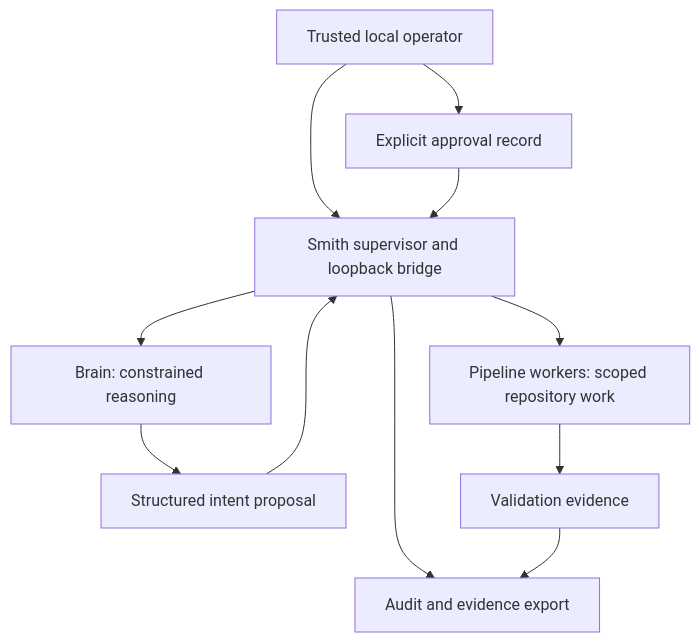
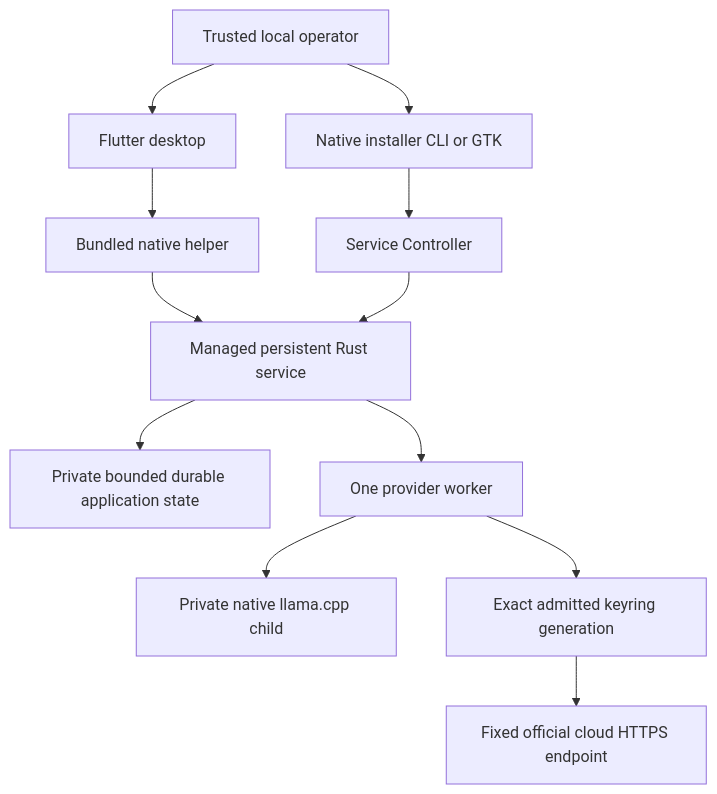
One commit to jdharrison/smith changed the diagram in docs/ARCHITECTURE.md. Above: the diagram before and after it, drawn with Mermaid. The commit also changed other lines of this file and 1726 other files, not shown here.

First line of the commit message:
Promote Smith application to repository root

````diff
--- a/docs/ARCHITECTURE.md
+++ b/docs/ARCHITECTURE.md
@@ -11,13 +11,14 @@
 ```mermaid
 flowchart TD
-    O[Trusted local operator] --> S[Smith supervisor and loopback bridge]
-    S --> B[Brain: constrained reasoning]
-    S --> W[Pipeline workers: scoped repository work]
-    S --> A[Audit and evidence export]
-    B --> I[Structured intent proposal]
-    I --> S
-    W --> E[Validation evidence]
-    E --> A
-    O --> P[Explicit approval record]
-    P --> S
+    O[Trusted local operator] --> C[Flutter desktop]
+    O --> I[Native installer CLI or GTK]
+    C --> H[Bundled native helper]
+    I --> K[Service Controller]
+    H --> S[Managed persistent Rust service]
+    K --> S
+    S --> D[Private bounded durable application state]
+    S --> W[One provider worker]
+    W --> R[Private native llama.cpp child]
+    W --> Q[Exact admitted keyring generation]
+    Q --> P[Fixed official cloud HTTPS endpoint]
 ```
````
